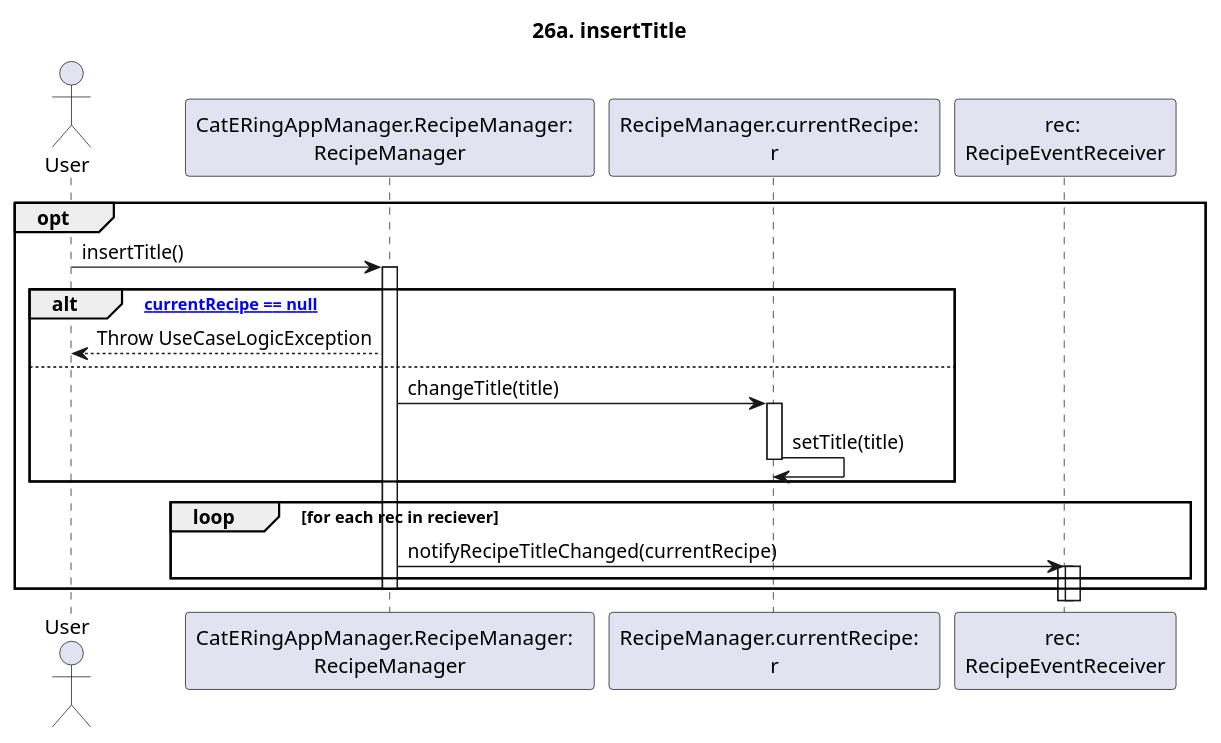
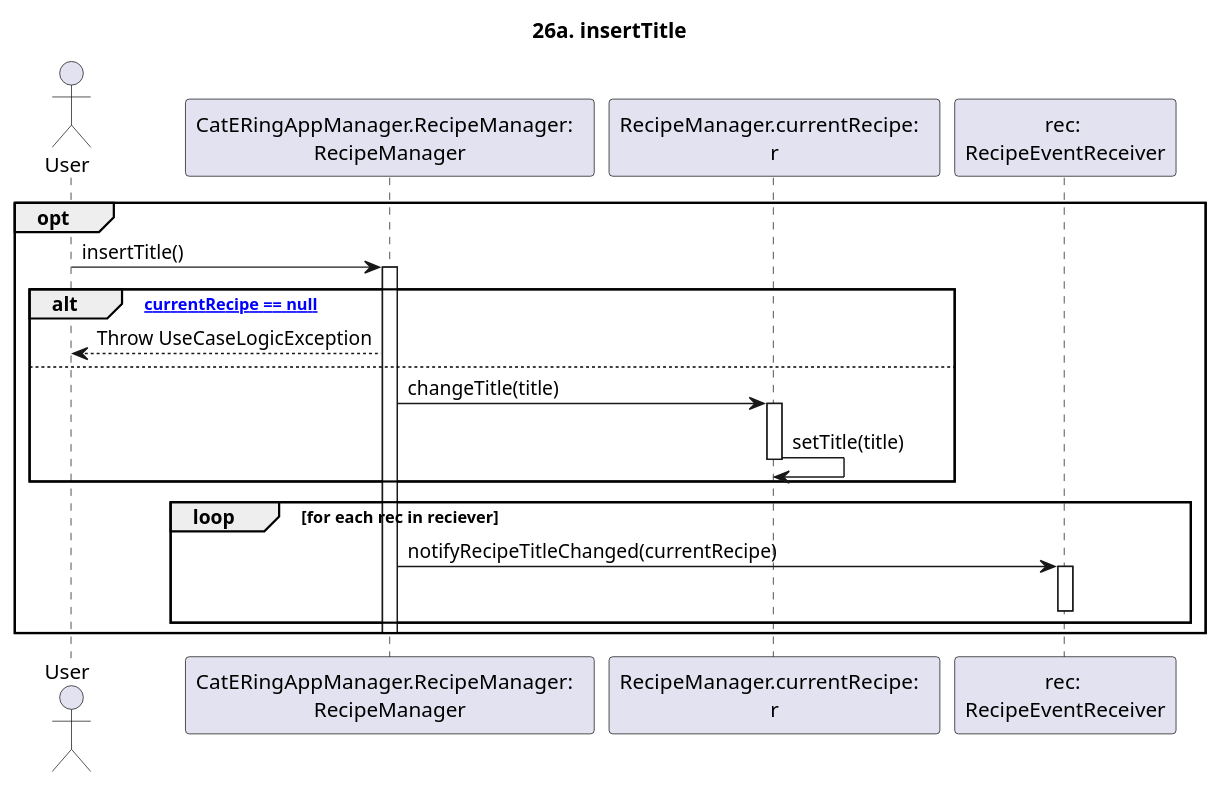
One commit to m0canu1/sas changed the diagram in dsd/dsd-ricette/estensioni/926a-insertTitle.md. Above: the diagram before and after it, drawn with PlantUML. The commit also changed 1 other file, not shown here.

````diff
--- a/dsd/dsd-ricette/estensioni/926a-insertTitle.md
+++ b/dsd/dsd-ricette/estensioni/926a-insertTitle.md
@@ -1,28 +1,28 @@
 ```plantuml
 
 title: 26a. insertTitle
 
 Actor User
 Participant "CatERingAppManager.RecipeManager:  \nRecipeManager" as RM
 Participant "RecipeManager.currentRecipe:  \nr" as CR
 Participant "rec: \nRecipeEventReceiver" as RER
 
 opt
 	User -> RM: insertTitle()
 	Activate RM
 	alt ["currentRecipe == null"]
 		RM --> User: Throw UseCaseLogicException
 	else
 		RM -> CR: changeTitle(title)
 		Activate CR
 		CR -> CR: setTitle(title)
 		Deactivate CR
 	end
 	loop for each rec in reciever
 		RM -> RER: notifyRecipeTitleChanged(currentRecipe)
 		activate RER
-		activate RER
+		deactivate RER
 	end
 	Deactivate RM
 end
 ```
````
